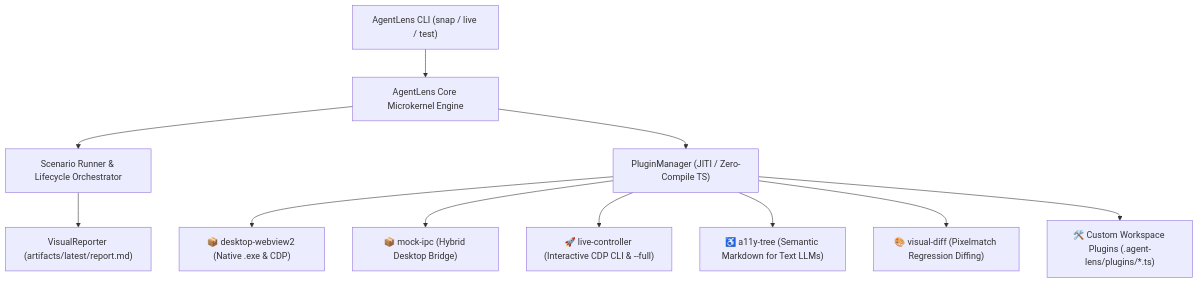
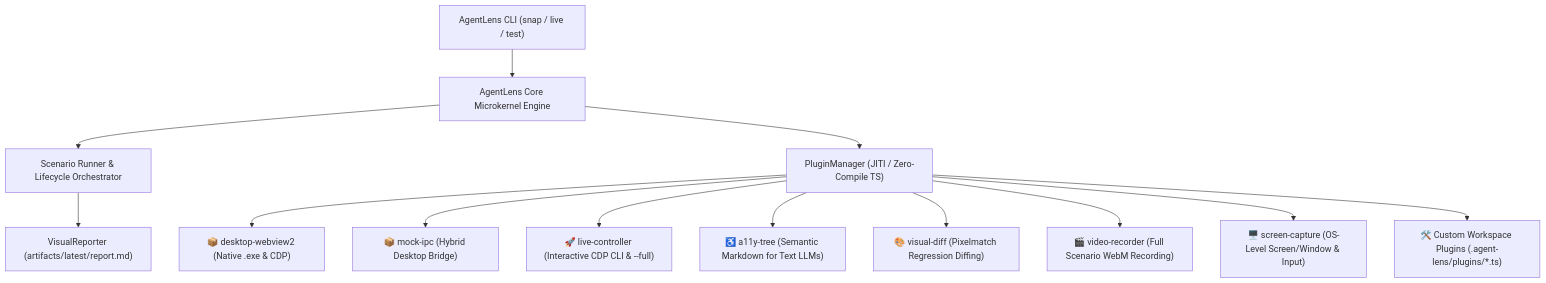
One commit to deep4wee/agent-lens changed the diagram in README.md. Above: the diagram before and after it, drawn with Mermaid. The commit also changed other lines of this file and 4 other files, not shown here.

````diff
--- a/README.md
+++ b/README.md
@@ -45,15 +45,17 @@
 ```mermaid
 flowchart TD
     CLI["AgentLens CLI (snap / live / test)"] --> Core["AgentLens Core Microkernel Engine"]
     Core --> Runner["Scenario Runner & Lifecycle Orchestrator"]
     Core --> PM["PluginManager (JITI / Zero-Compile TS)"]
 
     PM --> P1["📦 desktop-webview2 (Native .exe & CDP)"]
     PM --> P2["📦 mock-ipc (Hybrid Desktop Bridge)"]
     PM --> P3["🚀 live-controller (Interactive CDP CLI & --full)"]
     PM --> P4["♿ a11y-tree (Semantic Markdown for Text LLMs)"]
     PM --> P5["🎨 visual-diff (Pixelmatch Regression Diffing)"]
-    PM --> P6["🛠️ Custom Workspace Plugins (.agent-lens/plugins/*.ts)"]
+    PM --> P6["🎬 video-recorder (Full Scenario WebM Recording)"]
+    PM --> P7["🖥️ screen-capture (OS-Level Screen/Window & Input)"]
+    PM --> P8["🛠️ Custom Workspace Plugins (.agent-lens/plugins/*.ts)"]
 
     Runner --> Report["VisualReporter (artifacts/latest/report.md)"]
 ```
````
